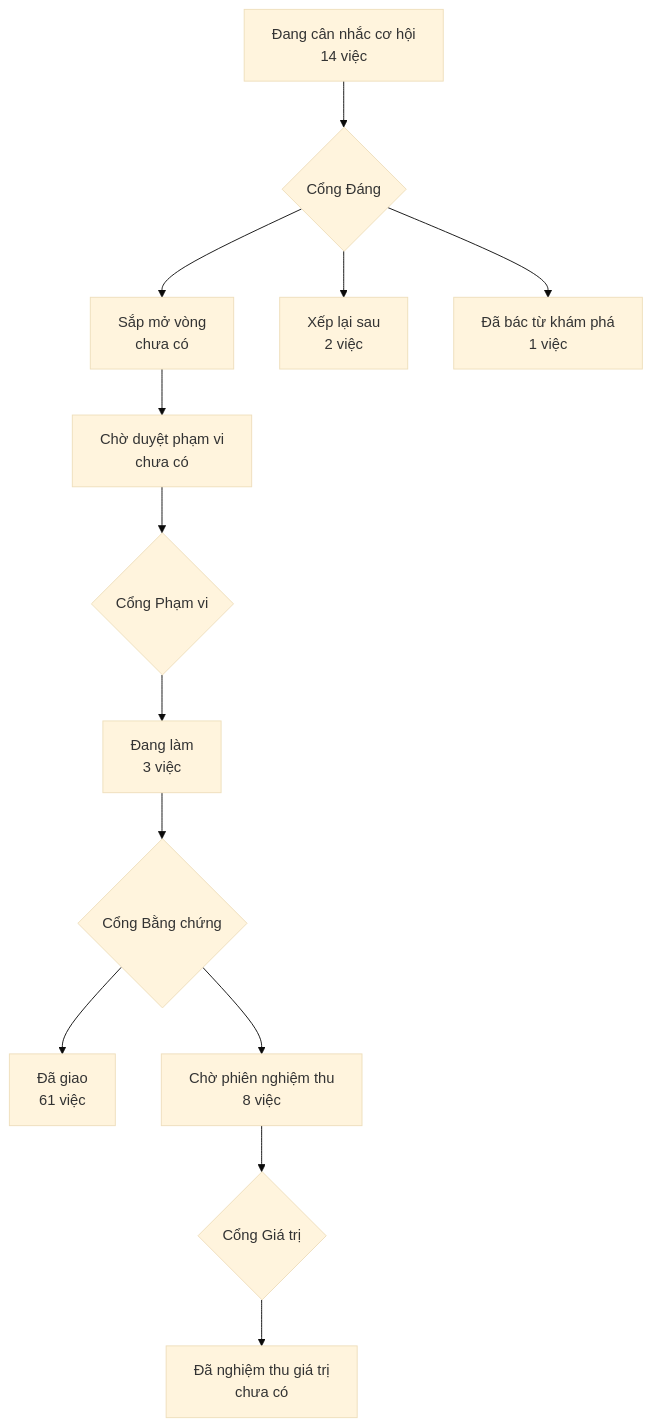
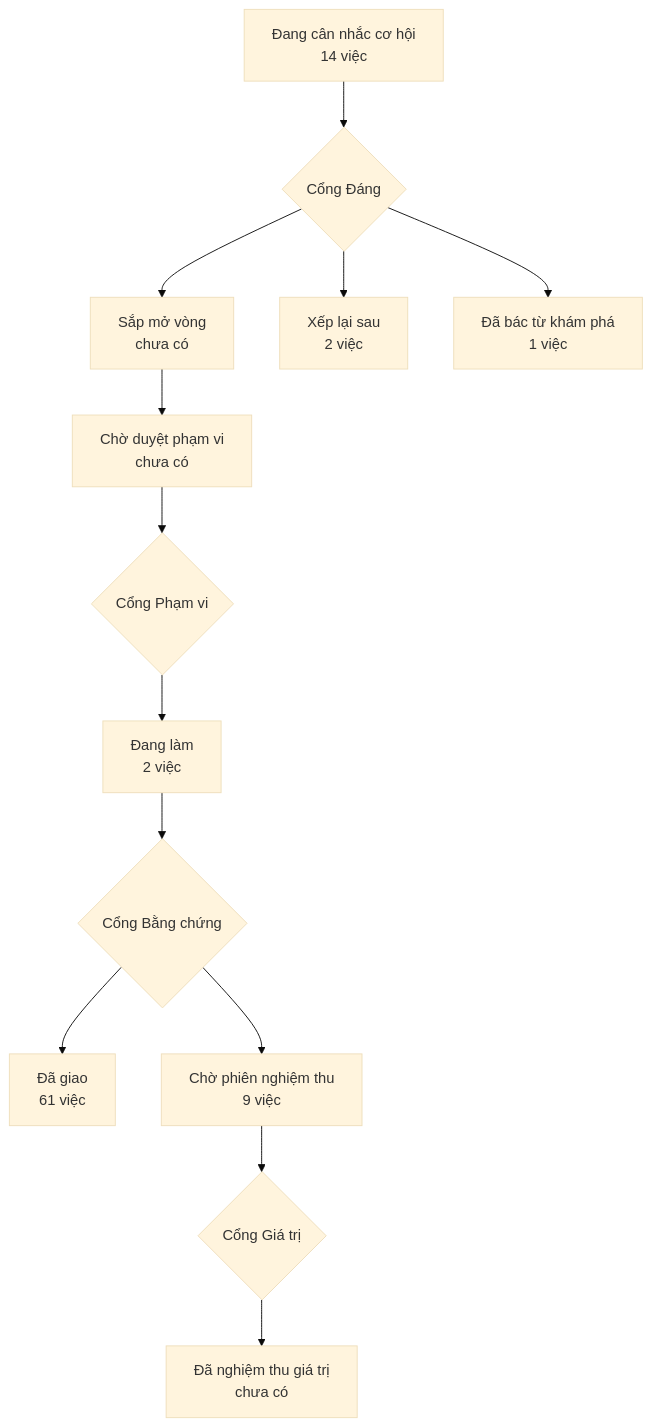
Before and after one commit to phanlemanh/acceptance-gate-kit: the diagram in PRODUCT-MAP.md, drawn with Mermaid (base theme).

Commit message:
chore(map): vẽ lại bản đồ sau chữ ký Cổng Bằng chứng cong-dang-co-cua

````diff
--- a/PRODUCT-MAP.md
+++ b/PRODUCT-MAP.md
@@ -6,12 +6,12 @@
 ```mermaid
 flowchart TD
   A["Đang cân nhắc cơ hội<br/>14 việc"] --> GD{"Cổng Đáng"}
   GD --> B["Sắp mở vòng<br/>chưa có"]
   GD --> XL["Xếp lại sau<br/>2 việc"]
   GD --> DB["Đã bác từ khám phá<br/>1 việc"]
   B --> CD["Chờ duyệt phạm vi<br/>chưa có"] --> GP{"Cổng Phạm vi"}
-  GP --> DL["Đang làm<br/>3 việc"] --> GB{"Cổng Bằng chứng"}
+  GP --> DL["Đang làm<br/>2 việc"] --> GB{"Cổng Bằng chứng"}
   GB --> DG["Đã giao<br/>61 việc"]
-  GB --> CN["Chờ phiên nghiệm thu<br/>8 việc"] --> GG{"Cổng Giá trị"}
+  GB --> CN["Chờ phiên nghiệm thu<br/>9 việc"] --> GG{"Cổng Giá trị"}
   GG --> NT["Đã nghiệm thu giá trị<br/>chưa có"]
 ```
````
